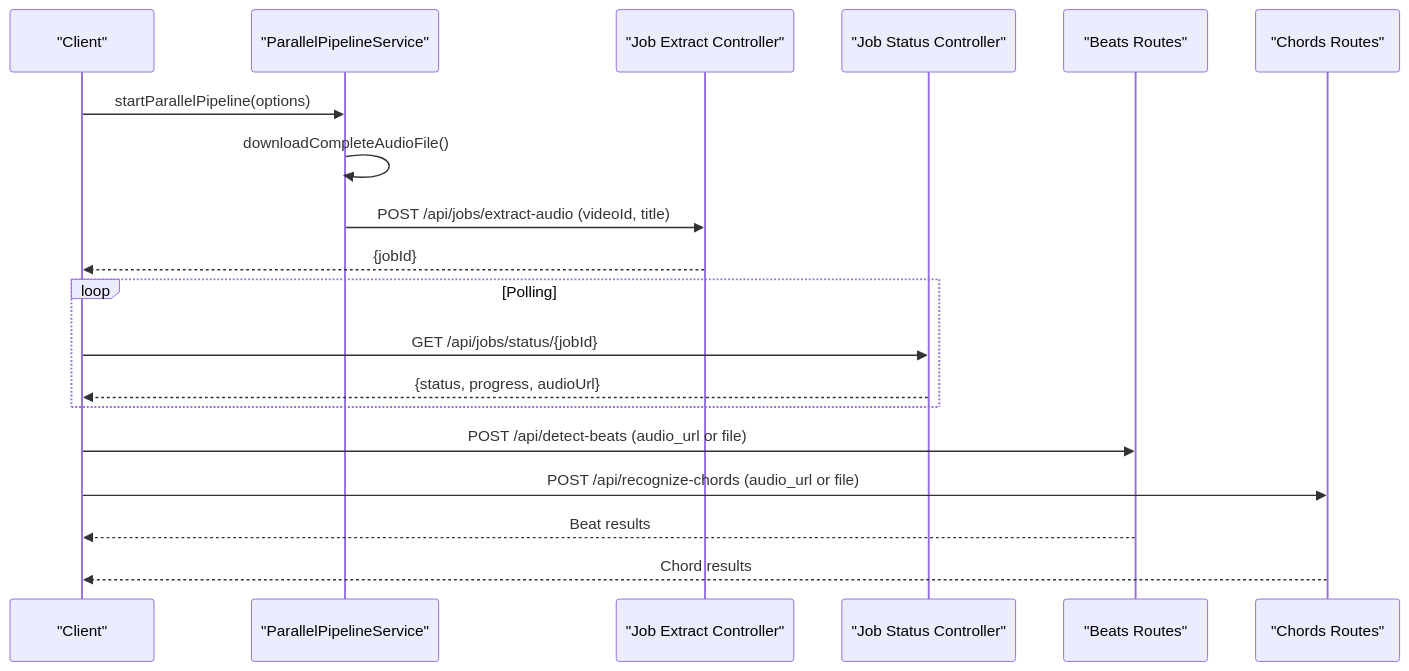
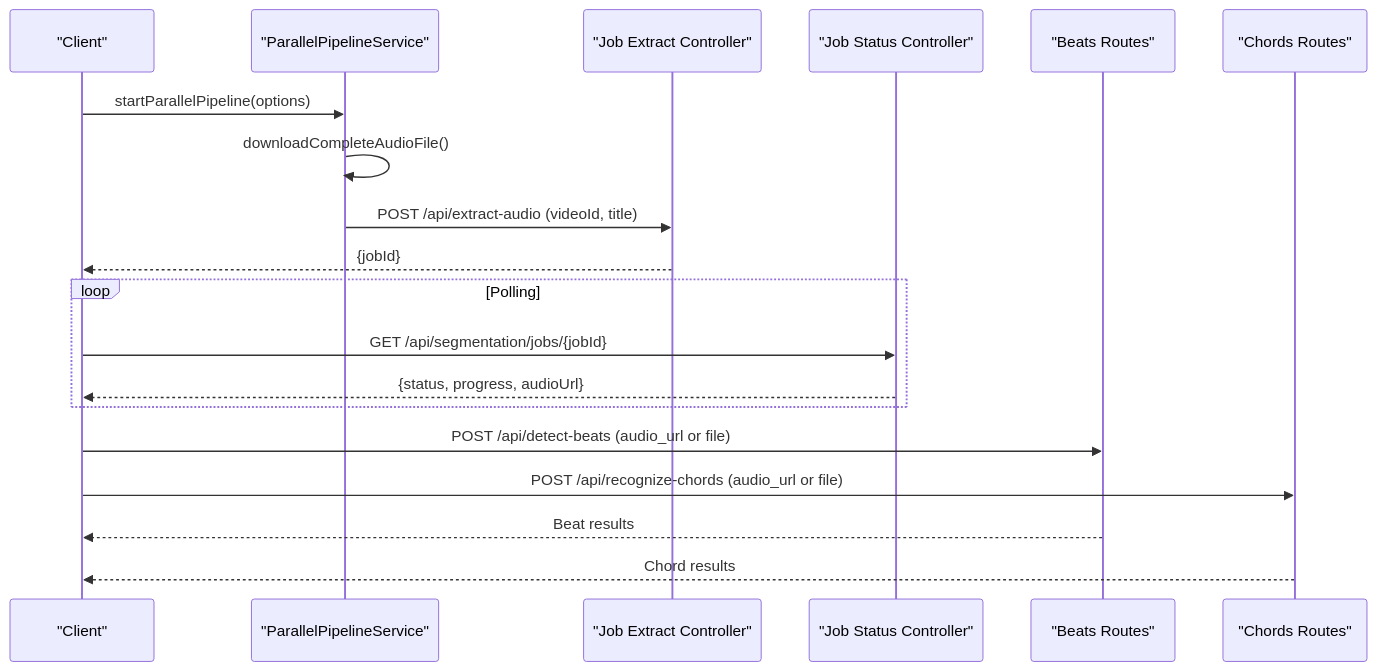
One commit to ptnghia-j/ChordMiniApp changed the second of 7 diagrams in .qoder/repowiki/en/content/Frontend Application/API Integration and Service Layer/Parallel Pipeline Service.md. Above: the diagram before and after it, drawn with Mermaid. The commit also changed other lines of this file and 60 other files, not shown here.

````diff
--- a/.qoder/repowiki/en/content/Frontend Application/API Integration and Service Layer/Parallel Pipeline Service.md
+++ b/.qoder/repowiki/en/content/Frontend Application/API Integration and Service Layer/Parallel Pipeline Service.md
@@ -98,21 +98,21 @@
 ```mermaid
 sequenceDiagram
 participant Client as "Client"
 participant PPS as "ParallelPipelineService"
 participant JEC as "Job Extract Controller"
 participant JSC as "Job Status Controller"
 participant BR as "Beats Routes"
 participant CR as "Chords Routes"
 Client->>PPS : startParallelPipeline(options)
 PPS->>PPS : downloadCompleteAudioFile()
-PPS->>JEC : POST /api/jobs/extract-audio (videoId, title)
+PPS->>JEC : POST /api/extract-audio (videoId, title)
 JEC-->>Client : {jobId}
 loop Polling
-Client->>JSC : GET /api/jobs/status/{jobId}
+Client->>JSC : GET /api/segmentation/jobs/{jobId}
 JSC-->>Client : {status, progress, audioUrl}
 end
 Client->>BR : POST /api/detect-beats (audio_url or file)
 Client->>CR : POST /api/recognize-chords (audio_url or file)
 BR-->>Client : Beat results
 CR-->>Client : Chord results
 ```
````
